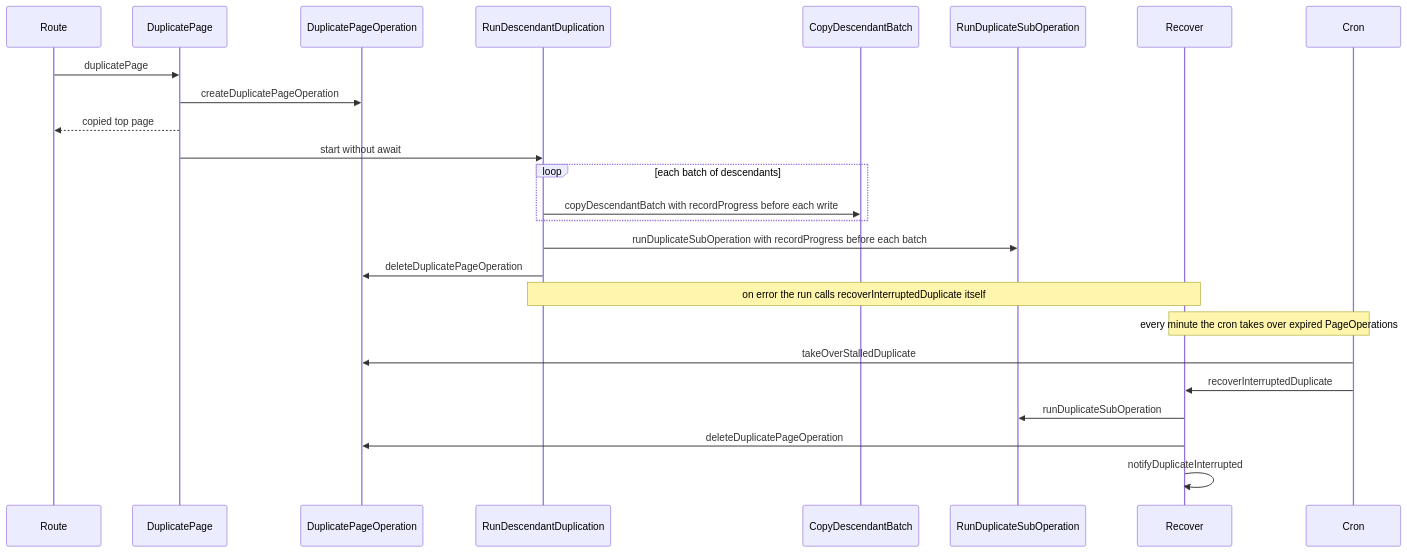
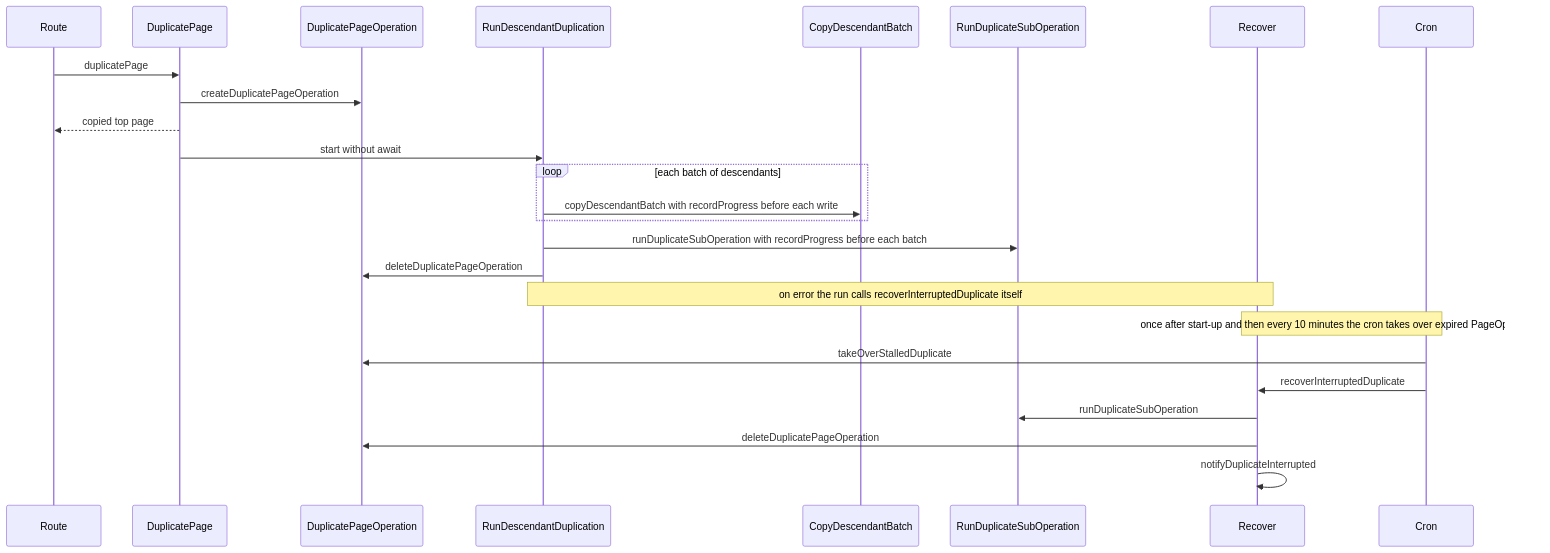
One commit to growilabs/growi changed the second of 3 diagrams in .kiro/specs/page-duplicate/design.md. Above: the diagram before and after it, drawn with Mermaid. The commit also changed other lines of this file and 8 other files, not shown here.

Commit message:
imprv(page-duplicate): run the recovery once after start-up and every 10 minutes instead of every minute

````diff
--- a/.kiro/specs/page-duplicate/design.md
+++ b/.kiro/specs/page-duplicate/design.md
@@ -201,27 +201,27 @@
 ```mermaid
 sequenceDiagram
     participant Route
     participant DuplicatePage
     participant DupPageOp as DuplicatePageOperation
     participant Run as RunDescendantDuplication
     participant Batch as CopyDescendantBatch
     participant SubOp as RunDuplicateSubOperation
     participant Recover
     participant Cron
     Route->>DuplicatePage: duplicatePage
     DuplicatePage->>DupPageOp: createDuplicatePageOperation
     DuplicatePage-->>Route: copied top page
     DuplicatePage->>Run: start without await
     loop each batch of descendants
         Run->>Batch: copyDescendantBatch with recordProgress before each write
     end
     Run->>SubOp: runDuplicateSubOperation with recordProgress before each batch
     Run->>DupPageOp: deleteDuplicatePageOperation
     Note over Run,Recover: on error the run calls recoverInterruptedDuplicate itself
-    Note over Cron,Recover: every minute the cron takes over expired PageOperations
+    Note over Cron,Recover: once after start-up and then every 10 minutes the cron takes over expired PageOperations
     Cron->>DupPageOp: takeOverStalledDuplicate
     Cron->>Recover: recoverInterruptedDuplicate
     Recover->>SubOp: runDuplicateSubOperation
     Recover->>DupPageOp: deleteDuplicatePageOperation
     Recover->>Recover: notifyDuplicateInterrupted
 ```
````
